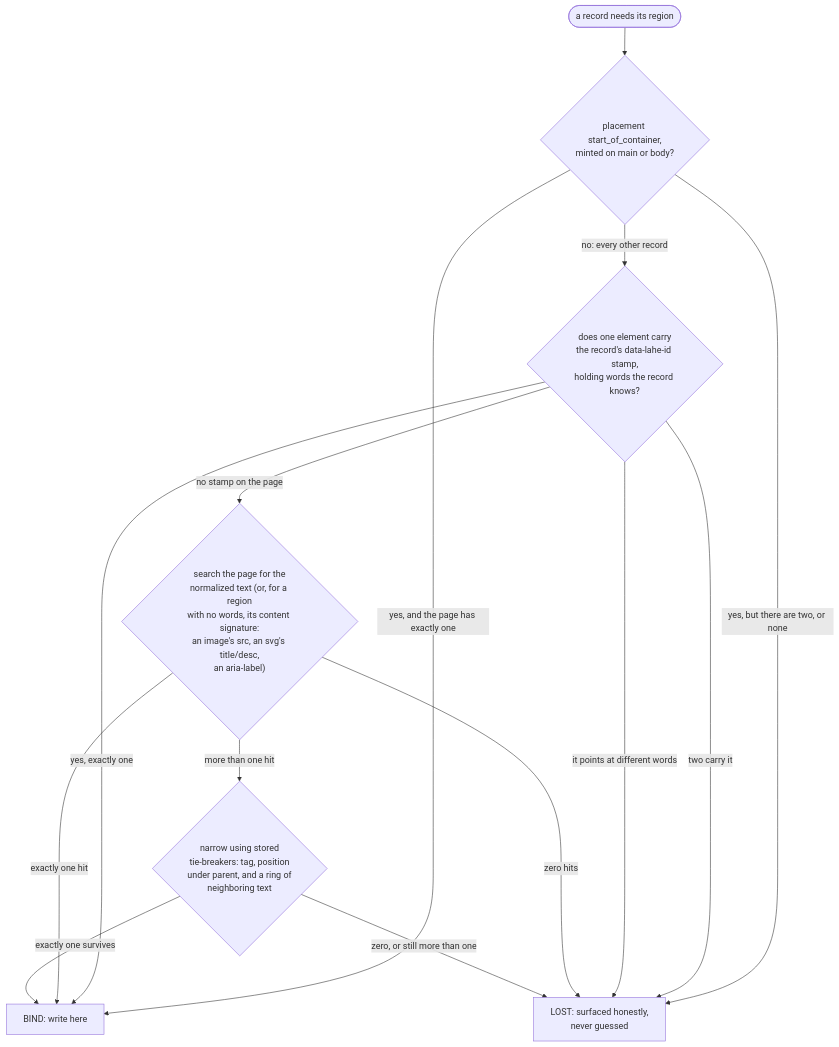
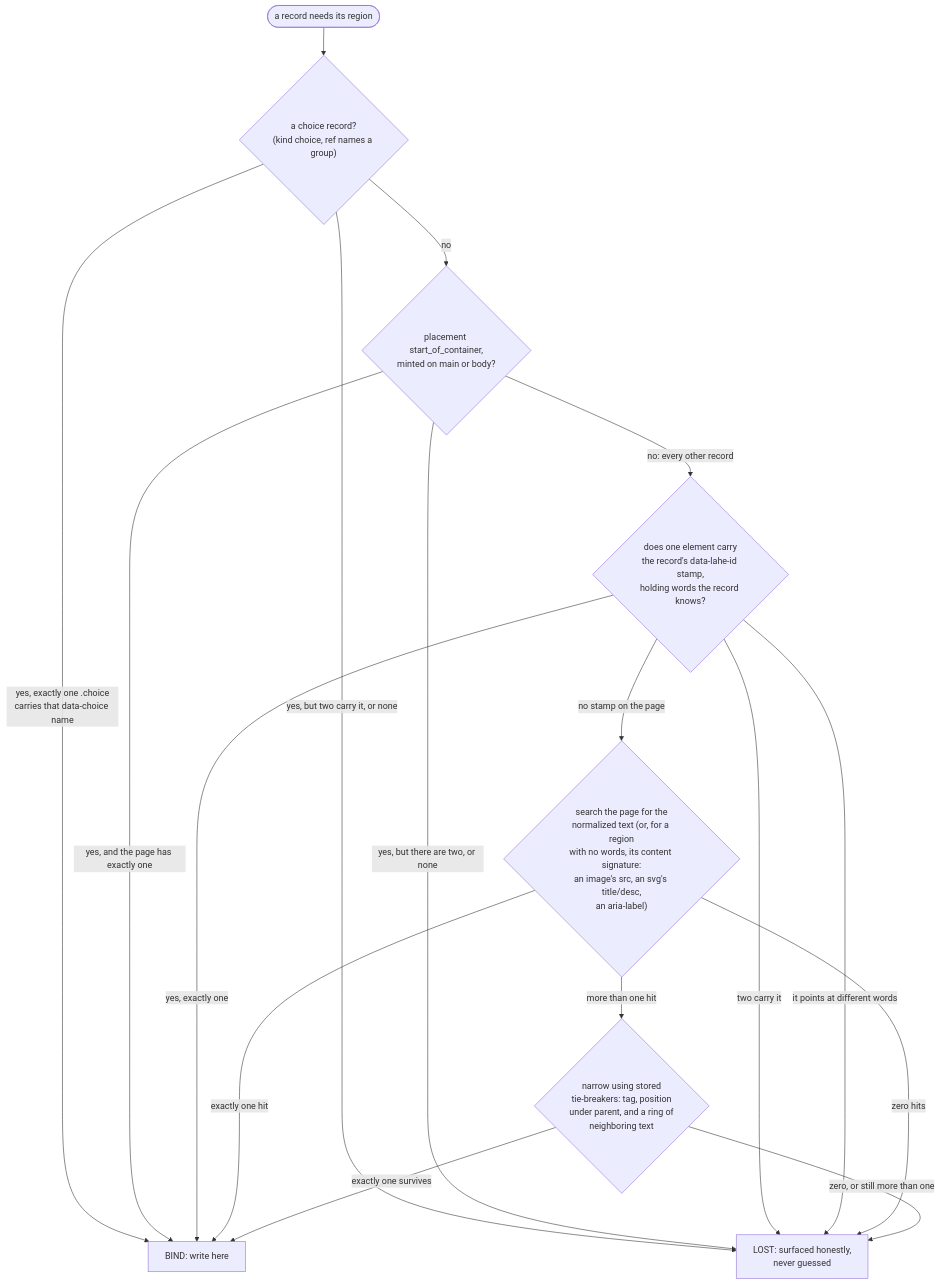
Before and after one commit to kenxle/live-agentic-html-editor: the diagram in docs/diagrams/finding_the_region.md, drawn with Mermaid. The commit also changed other lines of this file and 5 other files, not shown here.

Commit message:
Choice buttons: the ongoing doc, the three diagrams and the architecture doc's pointers, written ahead of the build

````diff
--- a/docs/diagrams/finding_the_region.md
+++ b/docs/diagrams/finding_the_region.md
@@ -7,19 +7,22 @@
 ```mermaid
 flowchart TD
-  Start(["a record needs its region"]) --> Container{"placement start_of_container,<br/>minted on main or body?"}
+  Start(["a record needs its region"]) --> Choice{"a choice record?<br/>(kind choice, ref names a group)"}
+  Choice -- "yes, exactly one .choice<br/>carries that data-choice name" --> Bind
+  Choice -- "yes, but two carry it, or none" --> Lost
+  Choice -- "no" --> Container{"placement start_of_container,<br/>minted on main or body?"}
   Container -- "yes, and the page has exactly one" --> Bind
   Container -- "yes, but there are two, or none" --> Lost
   Container -- "no: every other record" --> Stamp{"does one element carry<br/>the record's data-lahe-id stamp,<br/>holding words the record knows?"}
 
   Stamp -- "yes, exactly one" --> Bind["BIND: write here"]
   Stamp -- "two carry it" --> Lost
   Stamp -- "it points at different words" --> Lost
   Stamp -- "no stamp on the page" --> Text{"search the page for the<br/>normalized text (or, for a region<br/>with no words, its content signature:<br/>an image's src, an svg's title/desc,<br/>an aria-label)"}
 
   Text -- "zero hits" --> Lost
   Text -- "exactly one hit" --> Bind
   Text -- "more than one hit" --> Narrow{"narrow using stored<br/>tie-breakers: tag, position<br/>under parent, and a ring of<br/>neighboring text"}
 
   Narrow -- "exactly one survives" --> Bind
   Narrow -- "zero, or still more than one" --> Lost["LOST: surfaced honestly,<br/>never guessed"]
 ```
````
